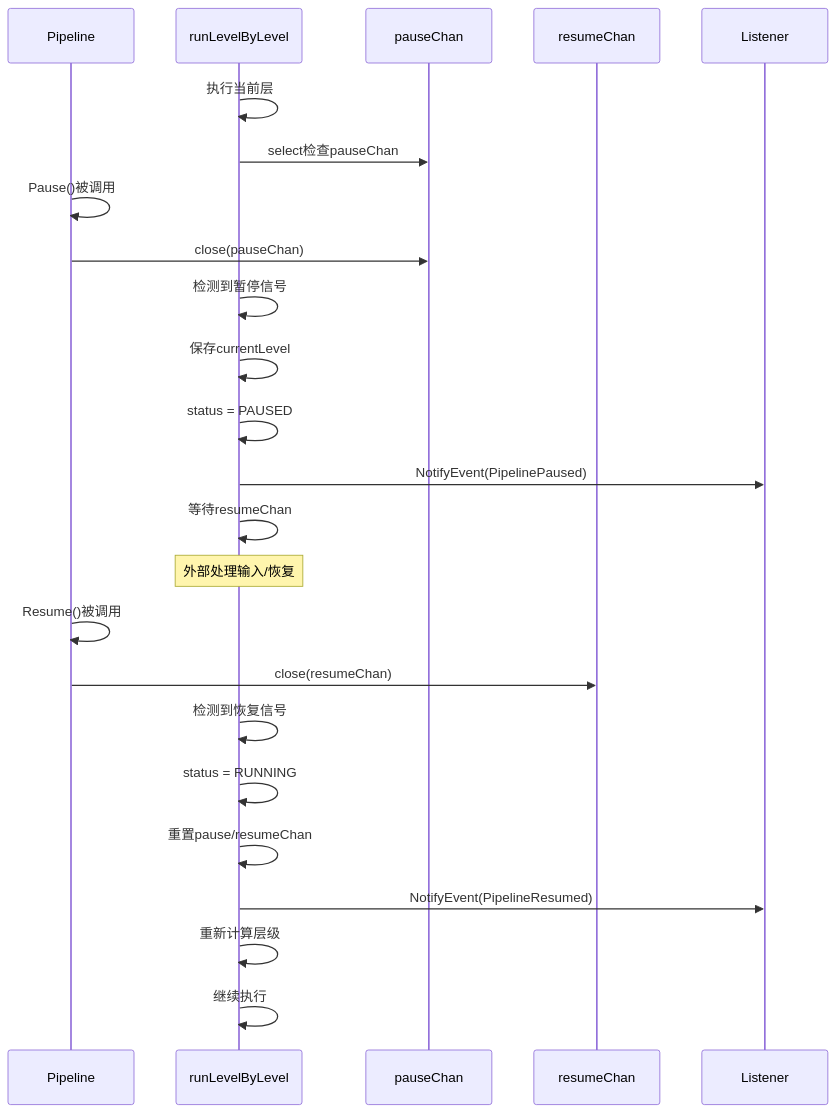
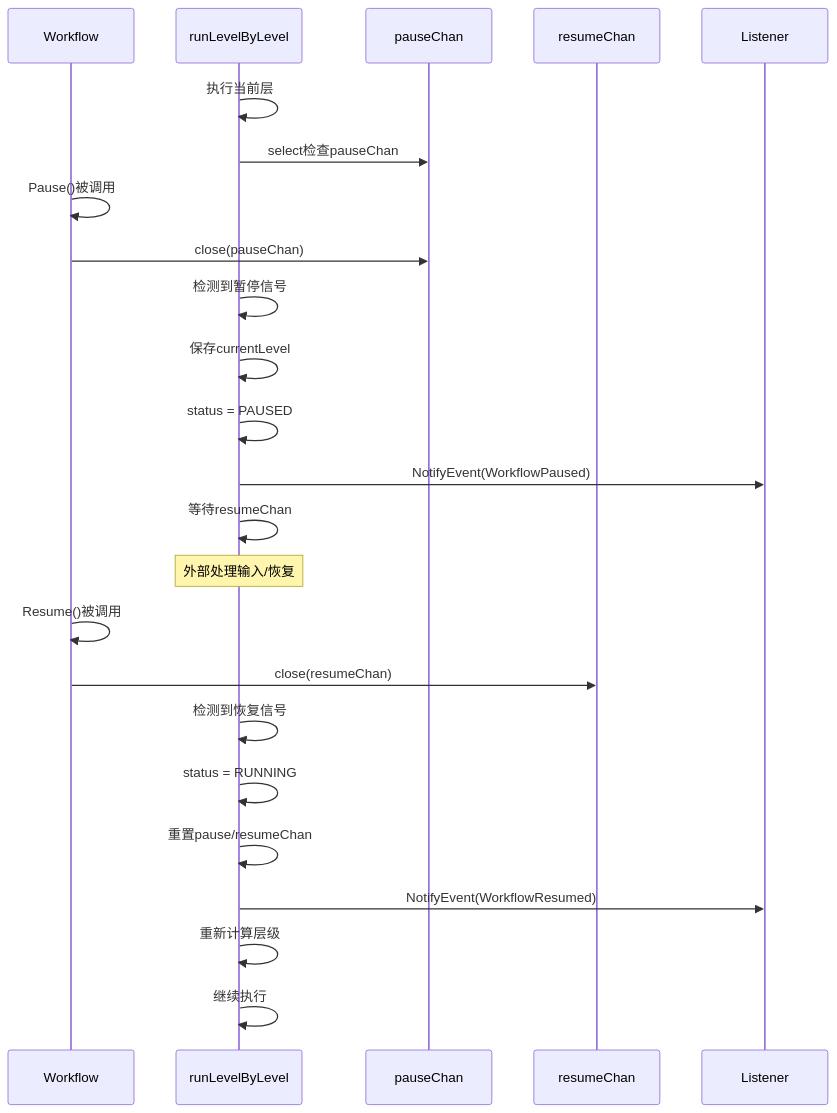
Diagram 15 of 15 in dag/FLOWS.md (LerkoX/flowx), drawn with Mermaid before and after one commit. The commit also changed other lines of this file and 99 other files, not shown here.

First line of the commit message:
refactor: Pipeline 统一更名为 Workflow

````diff
--- a/dag/FLOWS.md
+++ b/dag/FLOWS.md
@@ -372,28 +372,28 @@
 ```mermaid
 sequenceDiagram
-    participant P as Pipeline
+    participant P as Workflow
     participant T as runLevelByLevel
     participant PC as pauseChan
     participant RC as resumeChan
     participant L as Listener
 
     T->>T: 执行当前层
     T->>PC: select检查pauseChan
     P->>P: Pause()被调用
     P->>PC: close(pauseChan)
     T->>T: 检测到暂停信号
     T->>T: 保存currentLevel
     T->>T: status = PAUSED
-    T->>L: NotifyEvent(PipelinePaused)
+    T->>L: NotifyEvent(WorkflowPaused)
     T->>T: 等待resumeChan
 
     Note over T: 外部处理输入/恢复
     P->>P: Resume()被调用
     P->>RC: close(resumeChan)
     T->>T: 检测到恢复信号
     T->>T: status = RUNNING
     T->>T: 重置pause/resumeChan
-    T->>L: NotifyEvent(PipelineResumed)
+    T->>L: NotifyEvent(WorkflowResumed)
     T->>T: 重新计算层级
     T->>T: 继续执行
 ```
````
